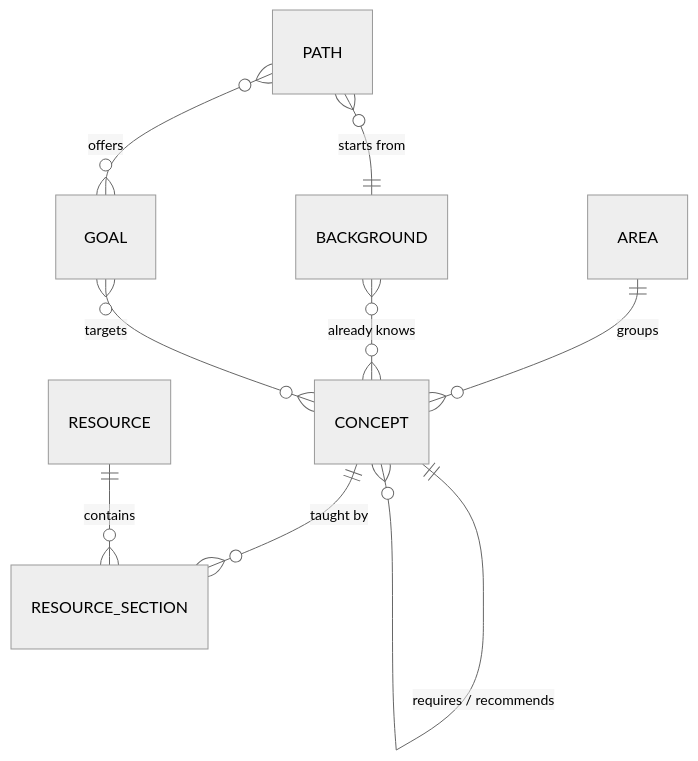
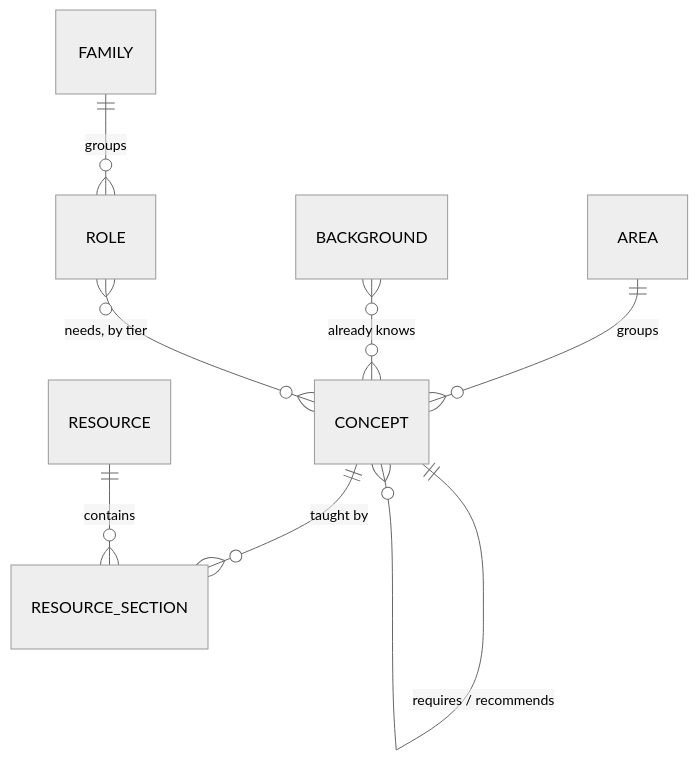
One commit to shivemn/pregraph changed the first of 3 diagrams in docs/SYSTEM_DESIGN.md. Above: the diagram before and after it, drawn with Mermaid (neutral theme). The commit also changed other lines of this file and 40 other files, not shown here.

````diff
--- a/docs/SYSTEM_DESIGN.md
+++ b/docs/SYSTEM_DESIGN.md
@@ -56,11 +64,10 @@
 ```mermaid
 erDiagram
     AREA ||--o{ CONCEPT : "groups"
     CONCEPT ||--o{ CONCEPT : "requires / recommends"
     CONCEPT ||--o{ RESOURCE_SECTION : "taught by"
     RESOURCE ||--o{ RESOURCE_SECTION : "contains"
     BACKGROUND }o--o{ CONCEPT : "already knows"
-    GOAL }o--o{ CONCEPT : "targets"
-    PATH }o--|| BACKGROUND : "starts from"
-    PATH }o--o{ GOAL : "offers"
+    FAMILY ||--o{ ROLE : "groups"
+    ROLE }o--o{ CONCEPT : "needs, by tier"
 ```
````
